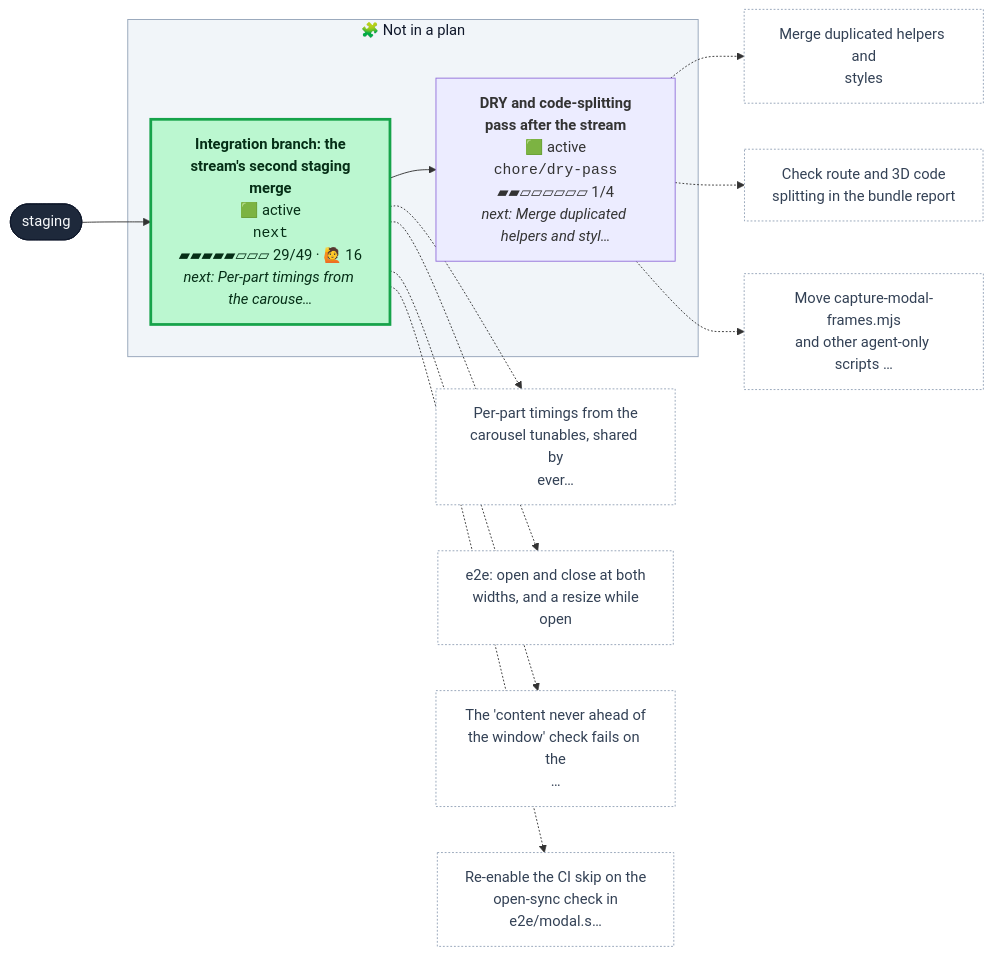
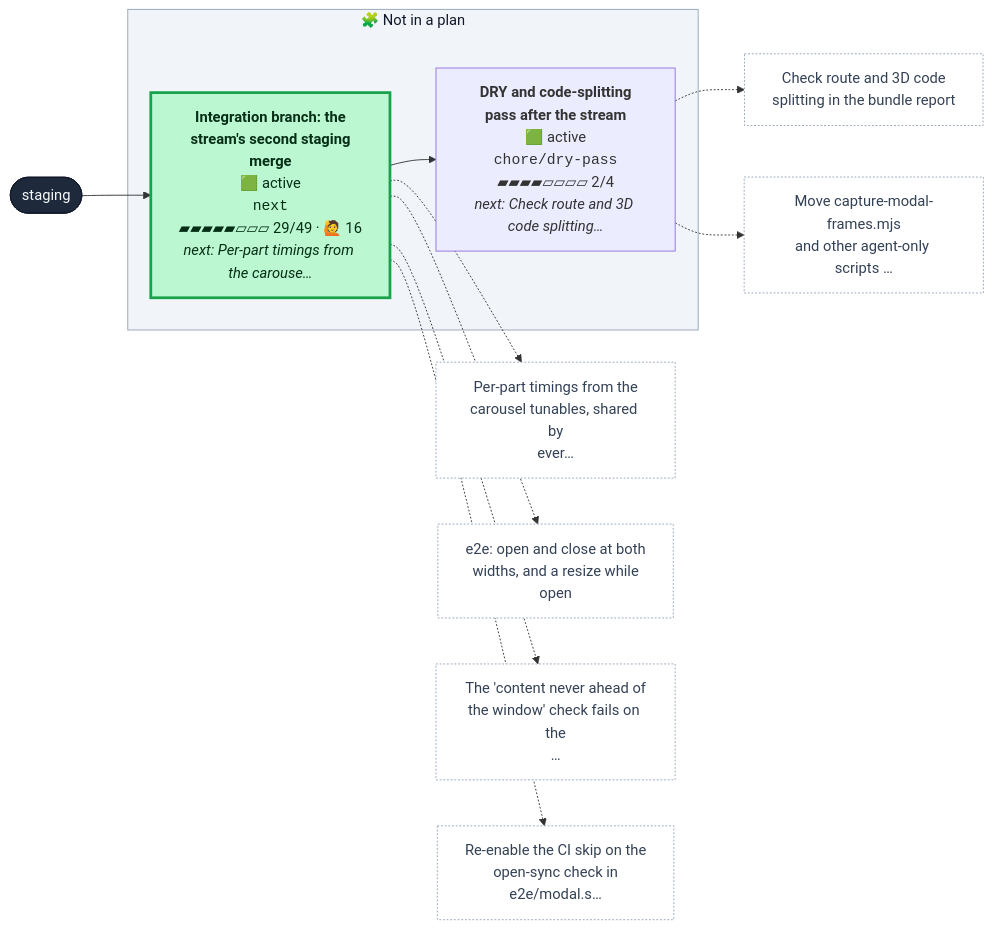
Before and after one commit to henryjonescodes/portfolio: the first of 2 diagrams in CONTRIBUTING.md, drawn with Mermaid. The commit also changed other lines of this file, not shown here.

````diff
--- a/CONTRIBUTING.md
+++ b/CONTRIBUTING.md
@@ -16,44 +16,41 @@
 ```mermaid
 flowchart LR
   n_staging([staging])
   class n_staging trunk
   subgraph loose["🧩 Not in a plan"]
-    n_chore_dry_pass["<b>DRY and code-splitting<br/>pass after the stream</b><br/>🟩 active<br/><code>chore/dry-pass</code><br/>▰▰▱▱▱▱▱▱ 1/4<br/><i>next: Merge duplicated helpers and styl…</i>"]
+    n_chore_dry_pass["<b>DRY and code-splitting<br/>pass after the stream</b><br/>🟩 active<br/><code>chore/dry-pass</code><br/>▰▰▰▰▱▱▱▱ 2/4<br/><i>next: Check route and 3D code splitting…</i>"]
     class n_chore_dry_pass active,current
     n_next["<b>Integration branch: the<br/>stream's second staging<br/>merge</b><br/>🟩 active<br/><code>next</code><br/>▰▰▰▰▰▱▱▱ 29/49 · 🙋 16<br/><i>next: Per-part timings from the carouse…</i>"]
     class n_next active
   end
   style loose fill:#f1f5f9,stroke:#94a3b8,color:#0f172a
   n_next --> n_chore_dry_pass
   n_staging --> n_next
-  n_chore_dry_pass_t0["Merge duplicated helpers and<br/>styles"]
+  n_chore_dry_pass_t0["Check route and 3D code<br/>splitting in the bundle report"]
   class n_chore_dry_pass_t0 todo
   n_chore_dry_pass -.-> n_chore_dry_pass_t0
-  n_chore_dry_pass_t1["Check route and 3D code<br/>splitting in the bundle report"]
+  n_chore_dry_pass_t1["Move capture-modal-frames.mjs<br/>and other agent-only scripts …"]
   class n_chore_dry_pass_t1 todo
   n_chore_dry_pass -.-> n_chore_dry_pass_t1
-  n_chore_dry_pass_t2["Move capture-modal-frames.mjs<br/>and other agent-only scripts …"]
-  class n_chore_dry_pass_t2 todo
-  n_chore_dry_pass -.-> n_chore_dry_pass_t2
   n_next_t0["Per-part timings from the<br/>carousel tunables, shared by<br/>ever…"]
   class n_next_t0 todo
   n_next -.-> n_next_t0
   n_next_t1["e2e: open and close at both<br/>widths, and a resize while<br/>open"]
   class n_next_t1 todo
   n_next -.-> n_next_t1
   n_next_t2["The 'content never ahead of<br/>the window' check fails on the<br/>…"]
   class n_next_t2 todo
   n_next -.-> n_next_t2
   n_next_t3["Re-enable the CI skip on the<br/>open-sync check in<br/>e2e/modal.s…"]
   class n_next_t3 todo
   n_next -.-> n_next_t3
   classDef merged fill:#dcfce7,stroke:#16a34a,color:#052e16
   classDef todo fill:#ffffff,stroke:#94a3b8,stroke-dasharray:2 2,color:#334155
   classDef planned fill:#c7d2fe,stroke:#4f46e5,color:#1e1b4b
   classDef sketched fill:#f8fafc,stroke:#64748b,stroke-dasharray:4 3,color:#334155
   classDef active fill:#bbf7d0,stroke:#16a34a,stroke-width:3px,color:#052e16
   classDef review fill:#fde68a,stroke:#d97706,stroke-width:3px,color:#451a03
   classDef blocked fill:#fecaca,stroke:#dc2626,stroke-width:3px,color:#450a0a
   classDef trunk fill:#1e293b,stroke:#0f172a,color:#f8fafc
   classDef current stroke:#0ea5e9,stroke-width:5px
 ```
````
